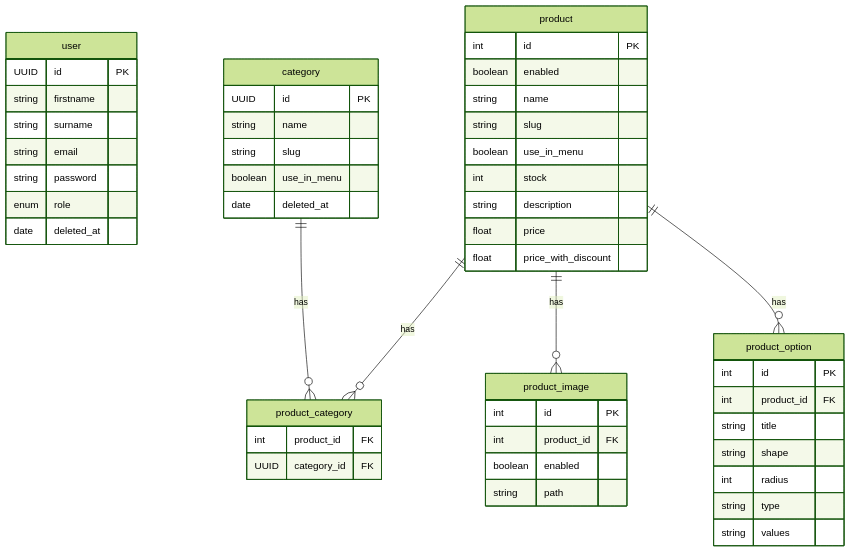
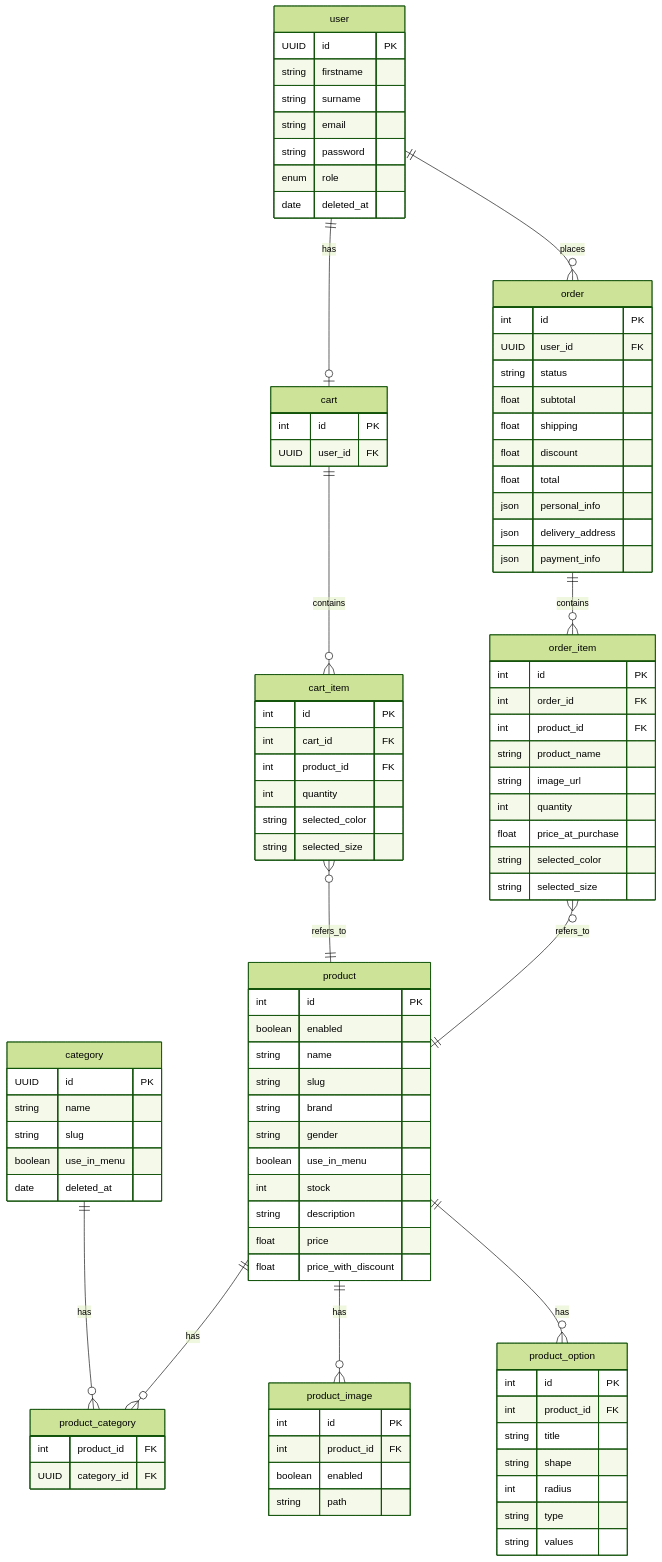
The second of 2 diagrams in README.md (Caio-Ian-Oliveira/digital-store-api), drawn with Mermaid (forest theme) before and after one commit. The commit also changed other lines of this file and 2 other files, not shown here.

````diff
--- a/README.md
+++ b/README.md
@@ -507,6 +556,8 @@
         boolean enabled
         string name
         string slug
+        string brand
+        string gender
         boolean use_in_menu
         int stock
         string description
@@ -536,9 +587,53 @@
         UUID category_id FK
     }
 
+    cart {
+        int id PK
+        UUID user_id FK
+    }
+
+    cart_item {
+        int id PK
+        int cart_id FK
+        int product_id FK
+        int quantity
+        string selected_color
+        string selected_size
+    }
+
+    order {
+        int id PK
+        UUID user_id FK
+        string status
+        float subtotal
+        float shipping
+        float discount
+        float total
+        json personal_info
+        json delivery_address
+        json payment_info
+    }
+
+    order_item {
+        int id PK
+        int order_id FK
+        int product_id FK
+        string product_name
+        string image_url
+        int quantity
+        float price_at_purchase
+        string selected_color
+        string selected_size
+    }
+
+    user ||--o| cart : has
+    cart ||--o{ cart_item : contains
+    cart_item }o--|| product : refers_to
+    user ||--o{ order : places
+    order ||--o{ order_item : contains
+    order_item }o--|| product : refers_to
     category ||--o{ product_category : has
     product ||--o{ product_category : has
     product ||--o{ product_image : has
     product ||--o{ product_option : has
-
 ```
````
